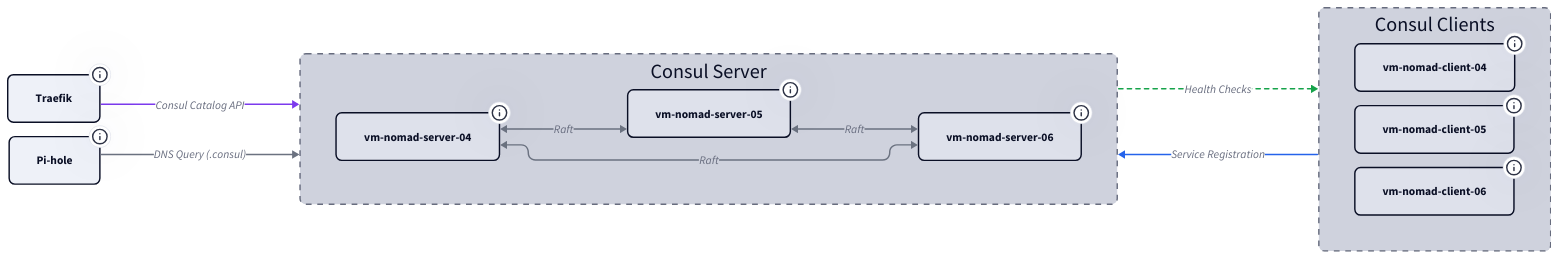
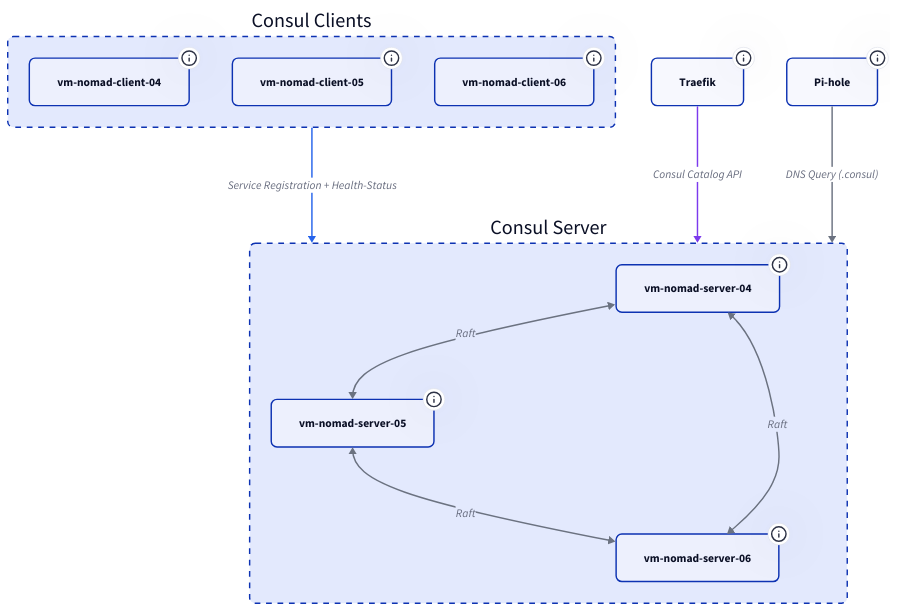
Before and after one commit to derever-labs/homelab-wiki: the diagram in docs/consul/index.md, drawn with D2. The commit also changed 9 other files, not shown here.

First line of the commit message:
docs(infrastruktur): Diagramme fuer TALA ueberarbeiten (Batch B2) (#100)

````diff
--- a/docs/consul/index.md
+++ b/docs/consul/index.md
@@ -32,17 +32,8 @@
 ```d2
-vars: {
-  d2-config: {
-    theme-id: 1
-    layout-engine: elk
-  }
-}
-
 classes: {
   node: { style: { border-radius: 8 } }
   container: { style: { border-radius: 8; stroke-dash: 4 } }
 }
-
-direction: right
 
 srv: Consul Server {
   class: container
@@ -101,14 +92,9 @@
   tooltip: "10.0.2.1 / 10.0.2.2 | Leitet .consul-Anfragen an Consul DNS weiter"
 }
 
-cli -> srv: Service Registration {
+cli -> srv: Service Registration + Health-Status {
   style.stroke: "#2563eb"
-  tooltip: "Consul Clients registrieren Container-Services im Cluster"
-}
-srv -> cli: Health Checks {
-  style.stroke: "#16a34a"
-  style.stroke-dash: 3
-  tooltip: "Server verteilen Health-Check-Ergebnisse an alle Agents"
+  tooltip: "Agents registrieren lokale Container-Services, führen Health Checks aus und melden die Ergebnisse"
 }
 TRF -> srv: Consul Catalog API {
   style.stroke: "#7c3aed"
````
